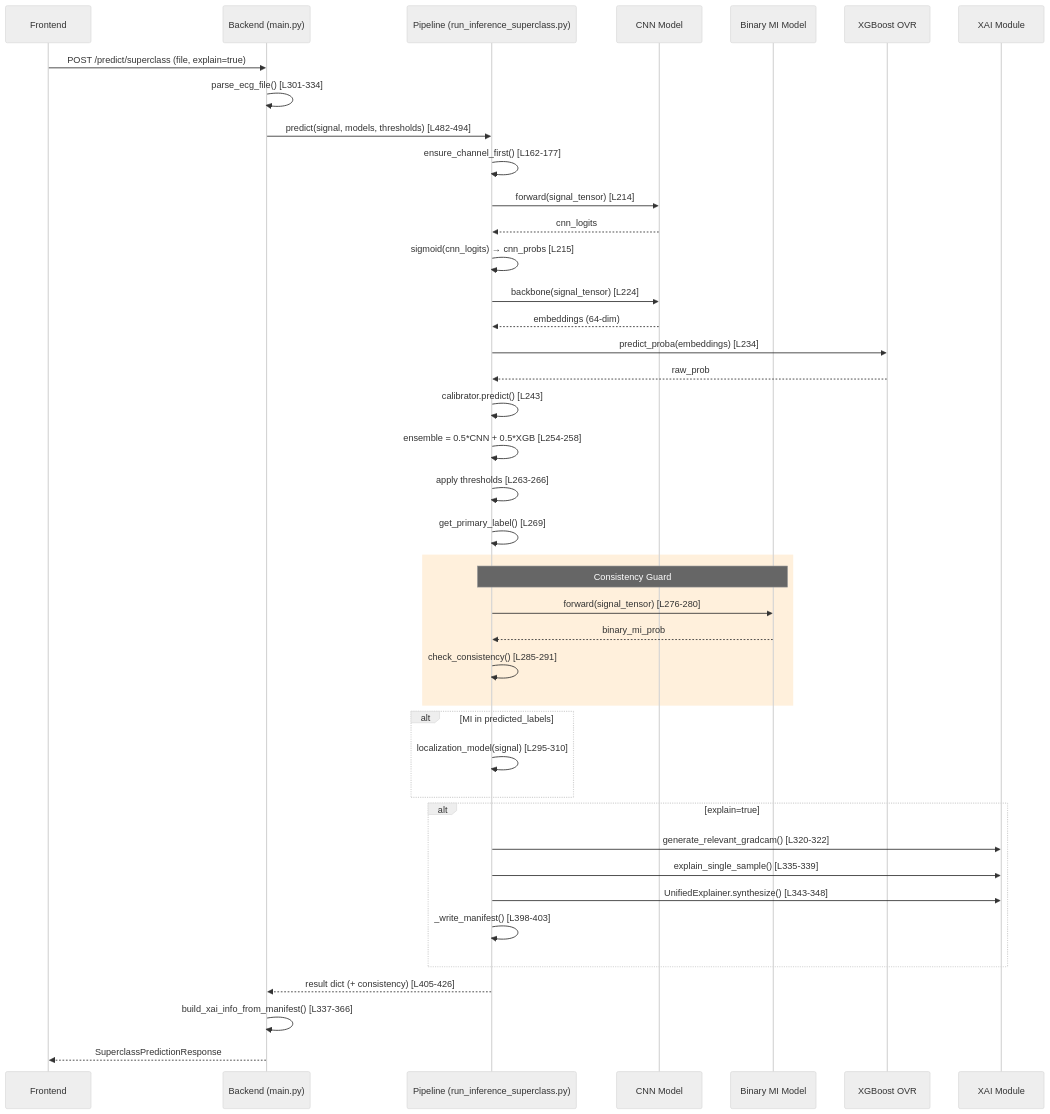
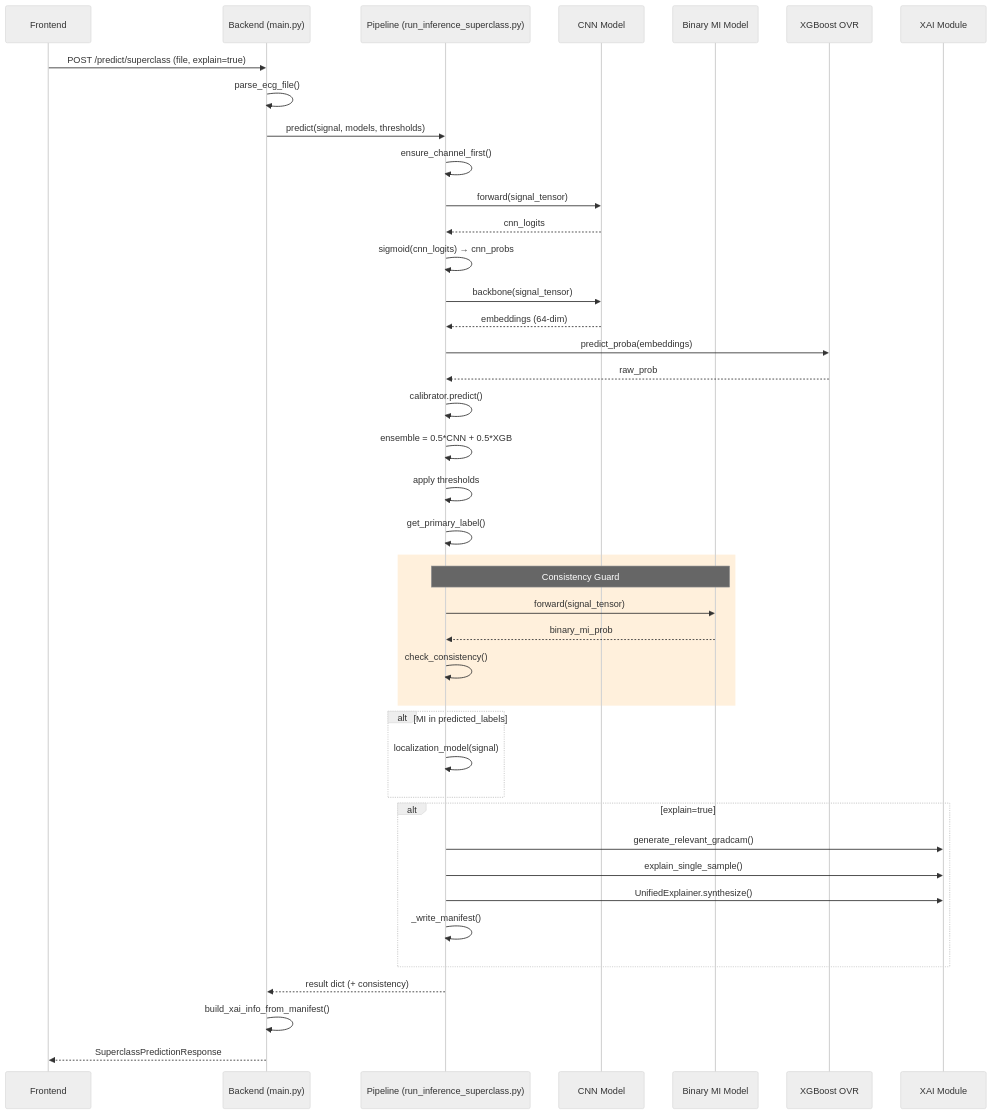
One commit to mUsaulug/CardioGuard-AI changed the fourth of 6 diagrams in docs/FINAL_TEKNIK_RAPOR_TR.md. Above: the diagram before and after it, drawn with Mermaid (neutral theme). The commit also changed other lines of this file and 35 other files, not shown here.

````diff
--- a/docs/FINAL_TEKNIK_RAPOR_TR.md
+++ b/docs/FINAL_TEKNIK_RAPOR_TR.md
@@ -141,51 +208,51 @@
 ```mermaid
 sequenceDiagram
     participant FE as Frontend
     participant BE as Backend (main.py)
     participant PL as Pipeline (run_inference_superclass.py)
     participant CNN as CNN Model
     participant BIN as Binary MI Model
     participant XGB as XGBoost OVR
     participant XAI as XAI Module
 
     FE->>BE: POST /predict/superclass (file, explain=true)
-    BE->>BE: parse_ecg_file() [L301-334]
-    BE->>PL: predict(signal, models, thresholds) [L482-494]
+    BE->>BE: parse_ecg_file()
+    BE->>PL: predict(signal, models, thresholds)
     
-    PL->>PL: ensure_channel_first() [L162-177]
-    PL->>CNN: forward(signal_tensor) [L214]
+    PL->>PL: ensure_channel_first()
+    PL->>CNN: forward(signal_tensor)
     CNN-->>PL: cnn_logits
-    PL->>PL: sigmoid(cnn_logits) → cnn_probs [L215]
+    PL->>PL: sigmoid(cnn_logits) → cnn_probs
     
-    PL->>CNN: backbone(signal_tensor) [L224]
+    PL->>CNN: backbone(signal_tensor)
     CNN-->>PL: embeddings (64-dim)
-    PL->>XGB: predict_proba(embeddings) [L234]
+    PL->>XGB: predict_proba(embeddings)
     XGB-->>PL: raw_prob
-    PL->>PL: calibrator.predict() [L243]
+    PL->>PL: calibrator.predict()
     
-    PL->>PL: ensemble = 0.5*CNN + 0.5*XGB [L254-258]
-    PL->>PL: apply thresholds [L263-266]
-    PL->>PL: get_primary_label() [L269]
+    PL->>PL: ensemble = 0.5*CNN + 0.5*XGB
+    PL->>PL: apply thresholds
+    PL->>PL: get_primary_label()
     
     rect rgb(255, 240, 220)
         Note over PL,BIN: Consistency Guard
-        PL->>BIN: forward(signal_tensor) [L276-280]
+        PL->>BIN: forward(signal_tensor)
         BIN-->>PL: binary_mi_prob
-        PL->>PL: check_consistency() [L285-291]
+        PL->>PL: check_consistency()
     end
     
     alt MI in predicted_labels
-        PL->>PL: localization_model(signal) [L295-310]
+        PL->>PL: localization_model(signal)
     end
     
     alt explain=true
-        PL->>XAI: generate_relevant_gradcam() [L320-322]
-        PL->>XAI: explain_single_sample() [L335-339]
-        PL->>XAI: UnifiedExplainer.synthesize() [L343-348]
-        PL->>PL: _write_manifest() [L398-403]
+        PL->>XAI: generate_relevant_gradcam()
+        PL->>XAI: explain_single_sample()
+        PL->>XAI: UnifiedExplainer.synthesize()
+        PL->>PL: _write_manifest()
     end
     
-    PL-->>BE: result dict (+ consistency) [L405-426]
-    BE->>BE: build_xai_info_from_manifest() [L337-366]
+    PL-->>BE: result dict (+ consistency)
+    BE->>BE: build_xai_info_from_manifest()
     BE-->>FE: SuperclassPredictionResponse
 ```
````
